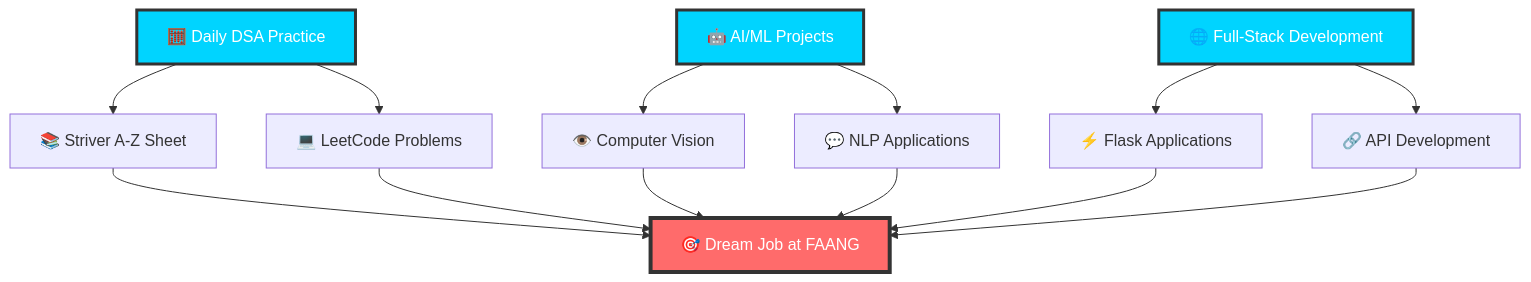
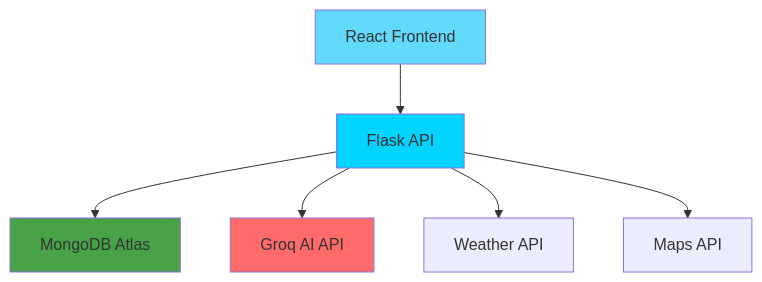
Before and after one commit to varun339658/varun339658: the first of 2 diagrams in README.md, drawn with Mermaid. The commit also changed other lines of this file, not shown here.

````diff
--- a/README.md
+++ b/README.md
@@ -320,23 +192,13 @@
 ```mermaid
-flowchart TD
-    A[🧮 Daily DSA Practice] --> B[📚 Striver A-Z Sheet]
-    A --> C[💻 LeetCode Problems]
+graph TB
+    A[React Frontend] --> B[Flask API]
+    B --> C[MongoDB Atlas]
+    B --> D[Groq AI API]
+    B --> E[Weather API]
+    B --> F[Maps API]
     
-    D[🤖 AI/ML Projects] --> E[👁️ Computer Vision]
-    D --> F[💬 NLP Applications]
-    
-    G[🌐 Full-Stack Development] --> H[⚡ Flask Applications]
-    G --> I[🔗 API Development]
-    
-    B --> J[🎯 Dream Job at FAANG]
-    C --> J
-    E --> J
-    F --> J
-    H --> J
-    I --> J
-    
-    style A fill:#00d4ff,stroke:#333,stroke-width:3px,color:#fff
-    style D fill:#00d4ff,stroke:#333,stroke-width:3px,color:#fff
-    style G fill:#00d4ff,stroke:#333,stroke-width:3px,color:#fff
-    style J fill:#ff6b6b,stroke:#333,stroke-width:4px,color:#fff
+    style A fill:#61dafb
+    style B fill:#00d4ff
+    style C fill:#47a248
+    style D fill:#ff6b6b
 ```
````
